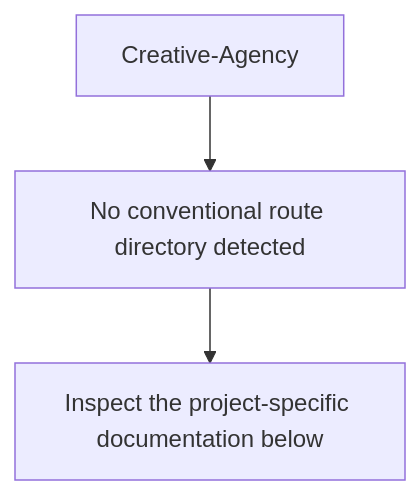
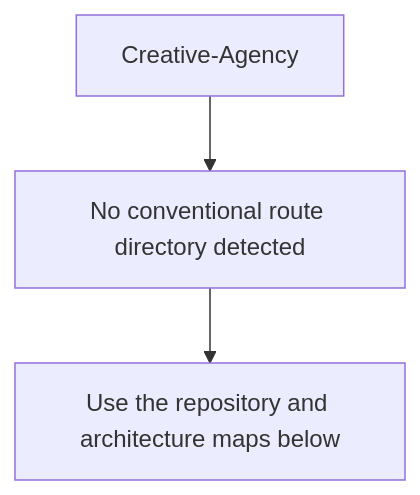
The second of 5 diagrams in README.md (Nischhalsubba/Creative-Agency), drawn with Mermaid before and after one commit. The commit also changed other lines of this file, not shown here.

````diff
--- a/README.md
+++ b/README.md
@@ -46,6 +78,6 @@
 ```mermaid
 flowchart TD
     APP["Creative-Agency"]
     APP --> SOURCE["No conventional route directory detected"]
-    SOURCE --> VERIFY["Inspect the project-specific documentation below"]
+    SOURCE --> GUIDE["Use the repository and architecture maps below"]
 ```
````
